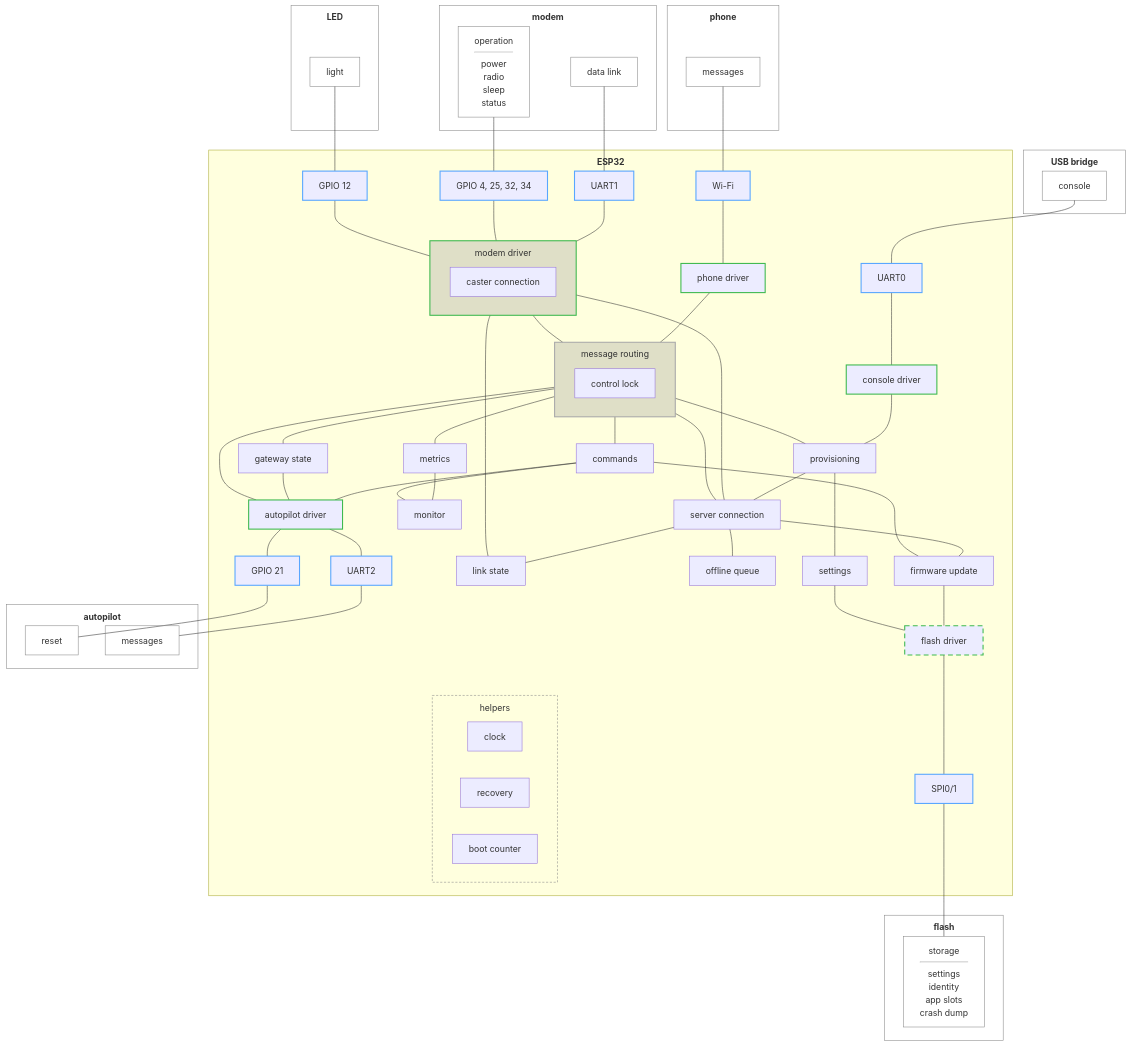
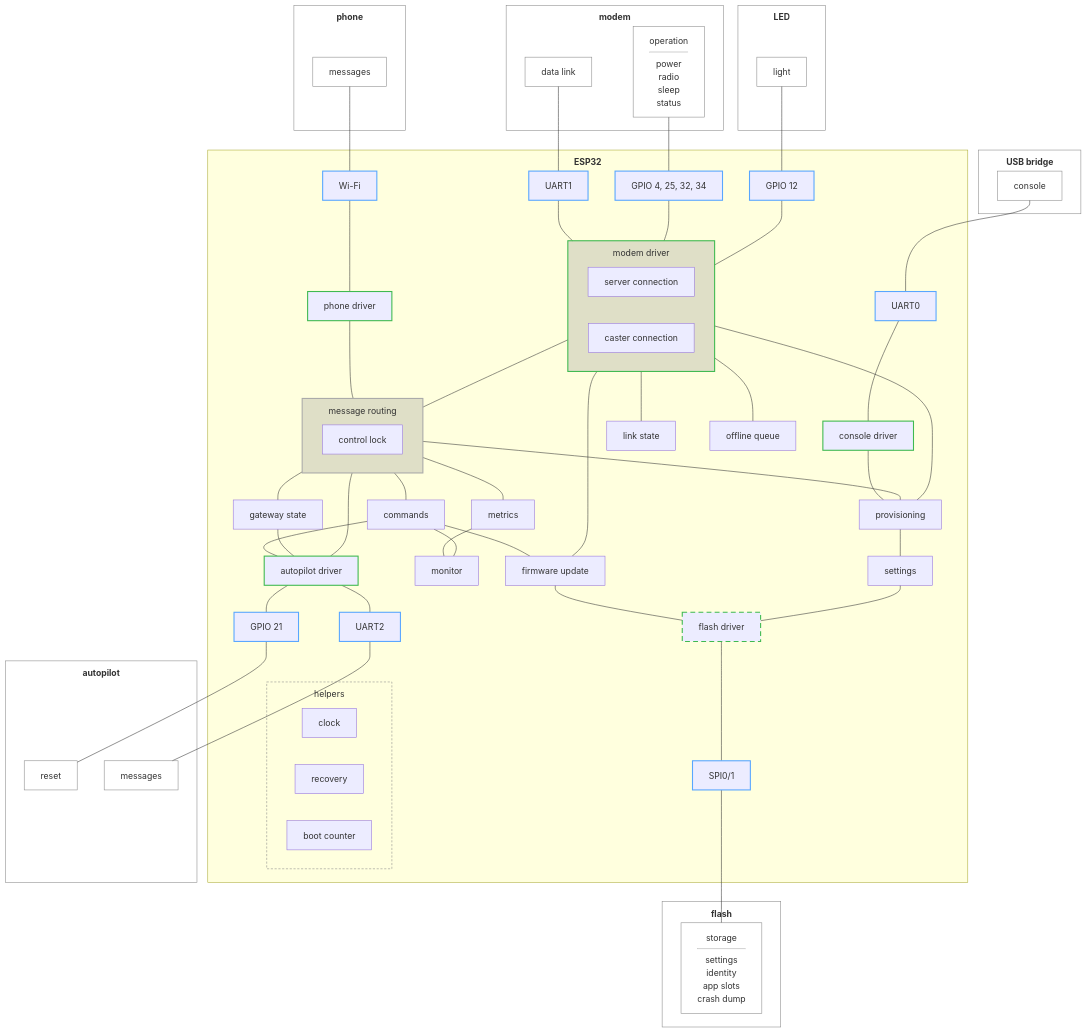
The diagram in .esp-architecture/diagrams/block-draft.md (rmx-lt/rmx-mower-gateway), drawn with Mermaid before and after one commit.

Commit message:
Draft: server connection inside the modem driver

```diff
--- a/.esp-architecture/diagrams/block-draft.md
+++ b/.esp-architecture/diagrams/block-draft.md
@@ -32,11 +32,11 @@
     wf["Wi-Fi"]
     u0["UART0"]
     subgraph conn["modem driver"]
+      mqtt["server connection"]
       cast["caster connection"]
     end
     phd["phone driver"]
     con["console driver"]
-    mqtt["server connection"]
     subgraph msg["message routing"]
       lock["control lock"]
     end
@@ -74,12 +74,9 @@
   phd --- msg
   msg --- prov
   con --- prov
-  conn --- mqtt
   conn --- msg
   conn --- ls
-  mqtt --- ls
-  mqtt --- msg
-  mqtt --- upd
+  conn --- upd
   msg --- cmd
   msg --- state
   msg --- met
@@ -87,9 +84,9 @@
   met --- mon
   cmd --- mon
   cmd --- upd
-  prov --- mqtt
+  conn --- prov
   prov --- set
-  mqtt --- q
+  conn --- q
   cmd --- bl
   state --- bl
   upd --- fs
```
